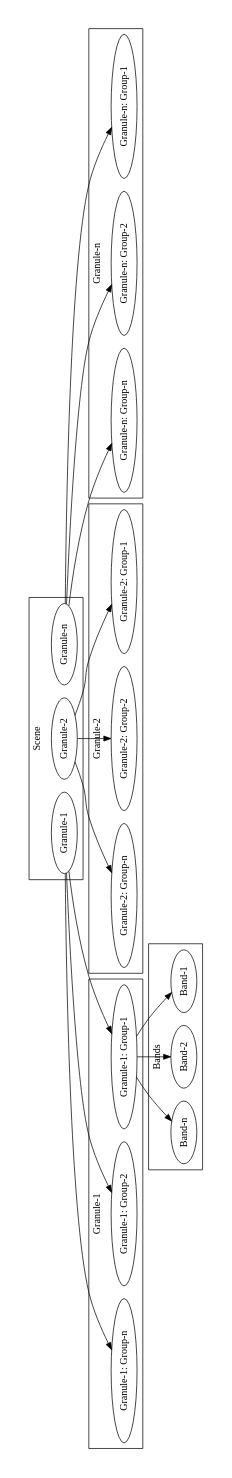
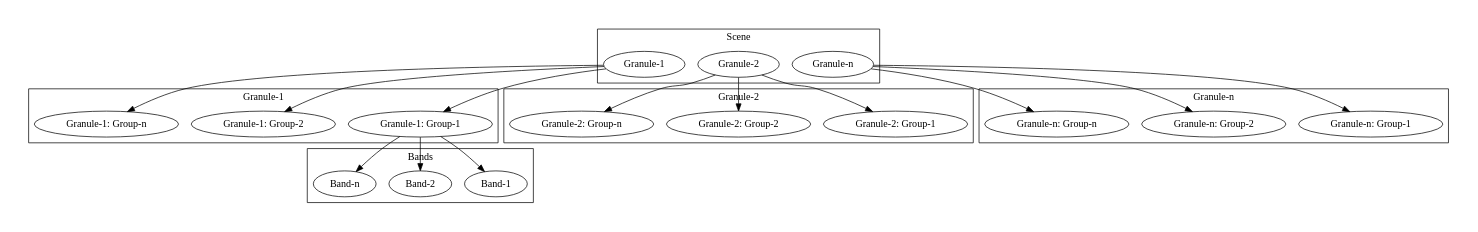
One commit to GeoscienceAustralia/wagl changed the diagram in docs/source/diagrams/acquisitions_container.dot. Above: the diagram before and after it, drawn with Graphviz.

Commit message:
Changed layout.

```diff
--- a/docs/source/diagrams/acquisitions_container.dot
+++ b/docs/source/diagrams/acquisitions_container.dot
@@ -1,34 +1,34 @@
 digraph AcquisitionsContainer {
-       orientation=landscape; size="7.5,7.5";
+       size="7.5,7.5";
        
        subgraph cluster_0 { 
            label="Scene"
                "Granule-1";
                "Granule-2";
                "Granule-n";
        }
        subgraph cluster_1 {
            label="Granule-1"
              "Granule-1" -> "Granule-1: Group-1";
              "Granule-1" -> "Granule-1: Group-2";
              "Granule-1" -> "Granule-1: Group-n";
        }
        subgraph cluster_2 {
            label="Granule-2"
              "Granule-2" -> "Granule-2: Group-1";
              "Granule-2" -> "Granule-2: Group-2";
              "Granule-2" -> "Granule-2: Group-n";
        }
        subgraph cluster_3 {
            label="Granule-n"
              "Granule-n" -> "Granule-n: Group-1";
              "Granule-n" -> "Granule-n: Group-2";
              "Granule-n" -> "Granule-n: Group-n";
        }
        subgraph cluster_4 {
            label="Bands"
              "Granule-1: Group-1" -> "Band-1";
              "Granule-1: Group-1" -> "Band-2";
              "Granule-1: Group-1" -> "Band-n";
        }
 }
```
